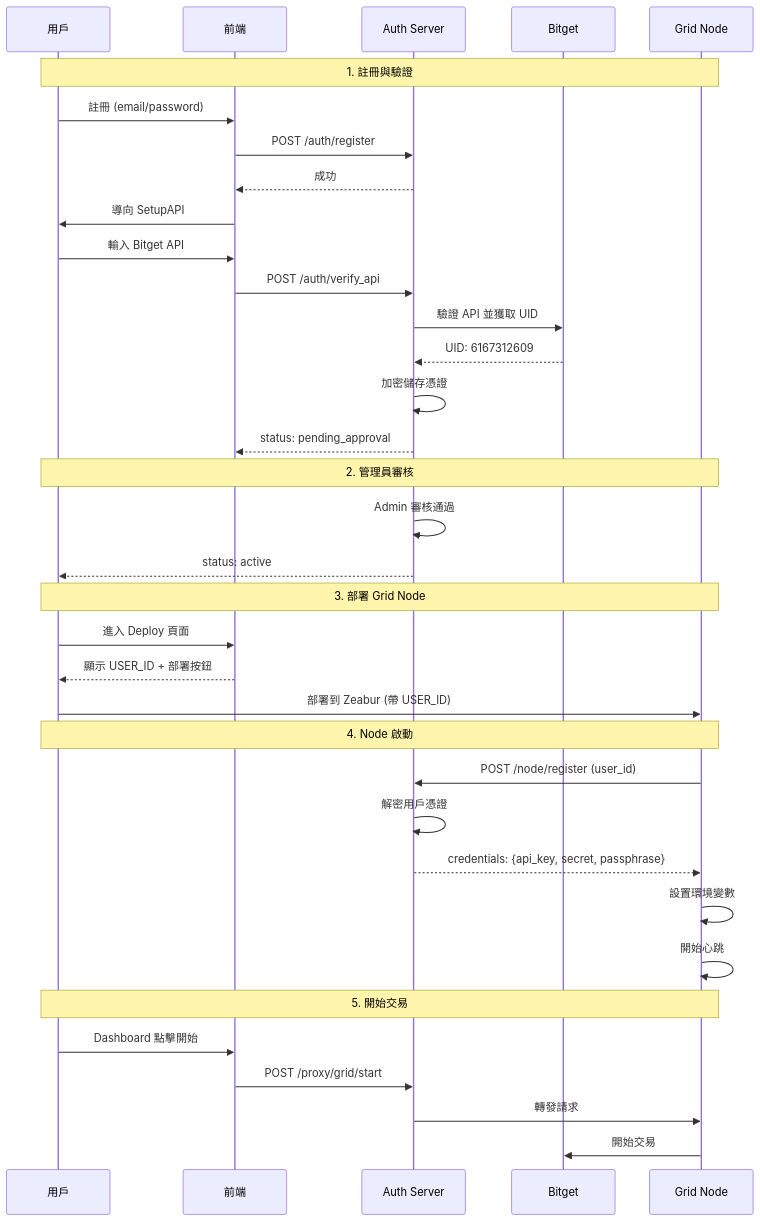
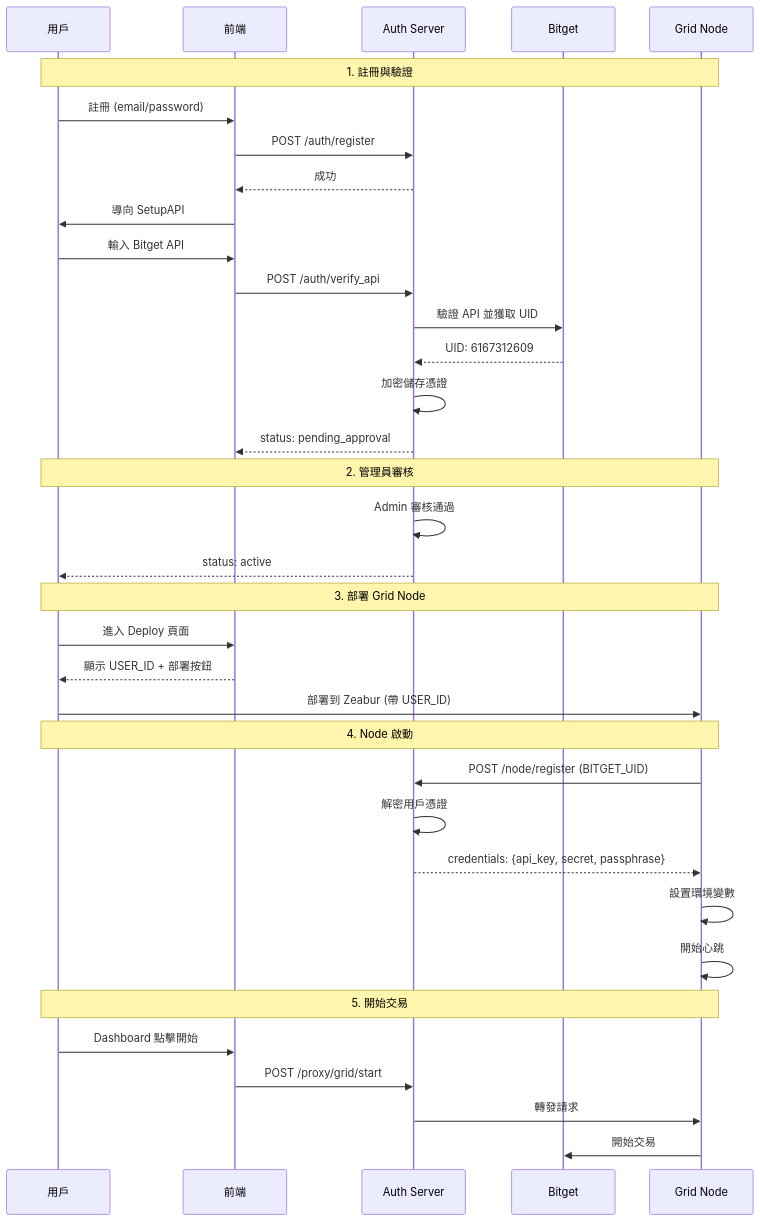
The diagram in documentation/SYSTEM_ARCHITECTURE.md (thankcoom/as-grid-node), drawn with Mermaid before and after one commit. The commit also changed other lines of this file and 1 other file, not shown here.

Commit message:
docs: update architecture (BITGET_UID) and add bug fixes log

````diff
--- a/documentation/SYSTEM_ARCHITECTURE.md
+++ b/documentation/SYSTEM_ARCHITECTURE.md
@@ -208,43 +208,43 @@
 ```mermaid
 sequenceDiagram
     participant U as 用戶
     participant F as 前端
     participant A as Auth Server
     participant B as Bitget
     participant N as Grid Node
 
     Note over U,N: 1. 註冊與驗證
     U->>F: 註冊 (email/password)
     F->>A: POST /auth/register
     A-->>F: 成功
     F->>U: 導向 SetupAPI
     
     U->>F: 輸入 Bitget API
     F->>A: POST /auth/verify_api
     A->>B: 驗證 API 並獲取 UID
     B-->>A: UID: 6167312609
     A->>A: 加密儲存憑證
     A-->>F: status: pending_approval
     
     Note over U,N: 2. 管理員審核
     A->>A: Admin 審核通過
     A-->>U: status: active
     
     Note over U,N: 3. 部署 Grid Node
     U->>F: 進入 Deploy 頁面
     F-->>U: 顯示 USER_ID + 部署按鈕
     U->>N: 部署到 Zeabur (帶 USER_ID)
     
     Note over U,N: 4. Node 啟動
-    N->>A: POST /node/register (user_id)
+    N->>A: POST /node/register (BITGET_UID)
     A->>A: 解密用戶憑證
     A-->>N: credentials: {api_key, secret, passphrase}
     N->>N: 設置環境變數
     N->>N: 開始心跳
     
     Note over U,N: 5. 開始交易
     U->>F: Dashboard 點擊開始
     F->>A: POST /proxy/grid/start
     A->>N: 轉發請求
     N->>B: 開始交易
 ```
````
